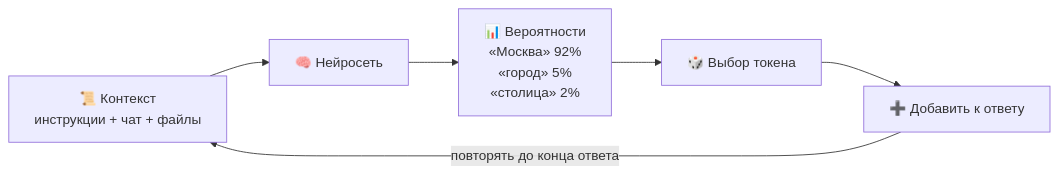
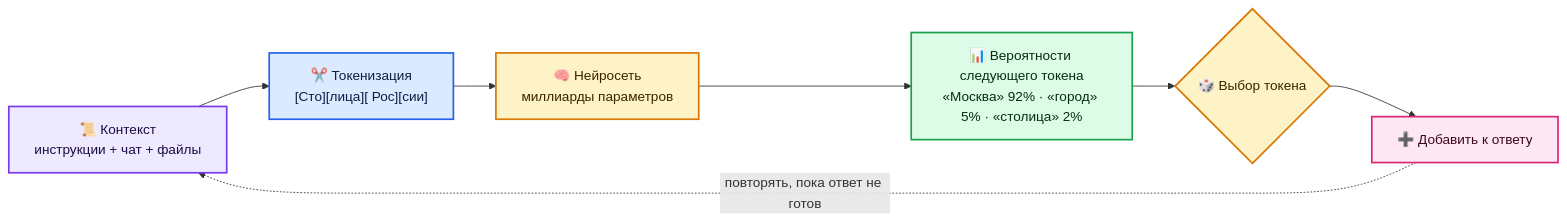
The fourth of 13 diagrams in README.md (justxor/ChatGPT_ru), drawn with Mermaid before and after one commit. The commit also changed other lines of this file, not shown here.

Commit message:
Схемы: цветовая разметка, группы и подписи; карта «Что полезного в репозитории»

````diff
--- a/README.md
+++ b/README.md
@@ -104,8 +161,15 @@
 ```mermaid
 flowchart LR
-    C["📜 Контекст<br/>инструкции + чат + файлы"] --> M["🧠 Нейросеть"]
-    M --> P["📊 Вероятности<br/>«Москва» 92%<br/>«город» 5%<br/>«столица» 2%"]
-    P --> S["🎲 Выбор токена"]
-    S --> A["➕ Добавить к ответу"]
-    A -- "повторять до конца ответа" --> C
+    C["📜 Контекст<br/>инструкции + чат + файлы"]:::ctx --> T["✂️ Токенизация<br/>[Сто][лица][ Рос][сии]"]:::user
+    T --> M["🧠 Нейросеть<br/>миллиарды параметров"]:::model
+    M --> P["📊 Вероятности следующего токена<br/>«Москва» 92% · «город» 5% · «столица» 2%"]:::tool
+    P --> S{"🎲 Выбор токена"}:::model
+    S --> A["➕ Добавить к ответу"]:::out
+    A -. "повторять, пока ответ не готов" .-> C
+    classDef user fill:#dbeafe,stroke:#2563eb,stroke-width:2px,color:#0b1f44
+    classDef ctx fill:#ede9fe,stroke:#7c3aed,stroke-width:2px,color:#1e0b44
+    classDef model fill:#fef3c7,stroke:#d97706,stroke-width:2px,color:#3b2300
+    classDef tool fill:#dcfce7,stroke:#16a34a,stroke-width:2px,color:#052e16
+    classDef out fill:#fce7f3,stroke:#db2777,stroke-width:2px,color:#3f0420
+    classDef warn fill:#fee2e2,stroke:#dc2626,stroke-width:2px,color:#450a0a
 ```
````
